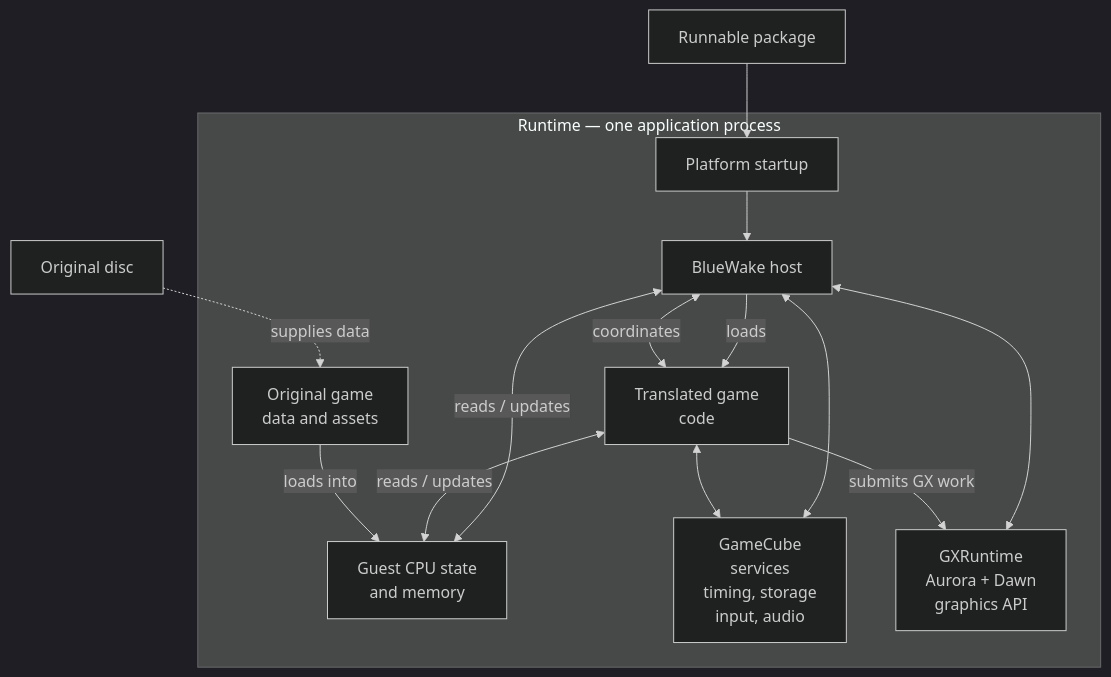
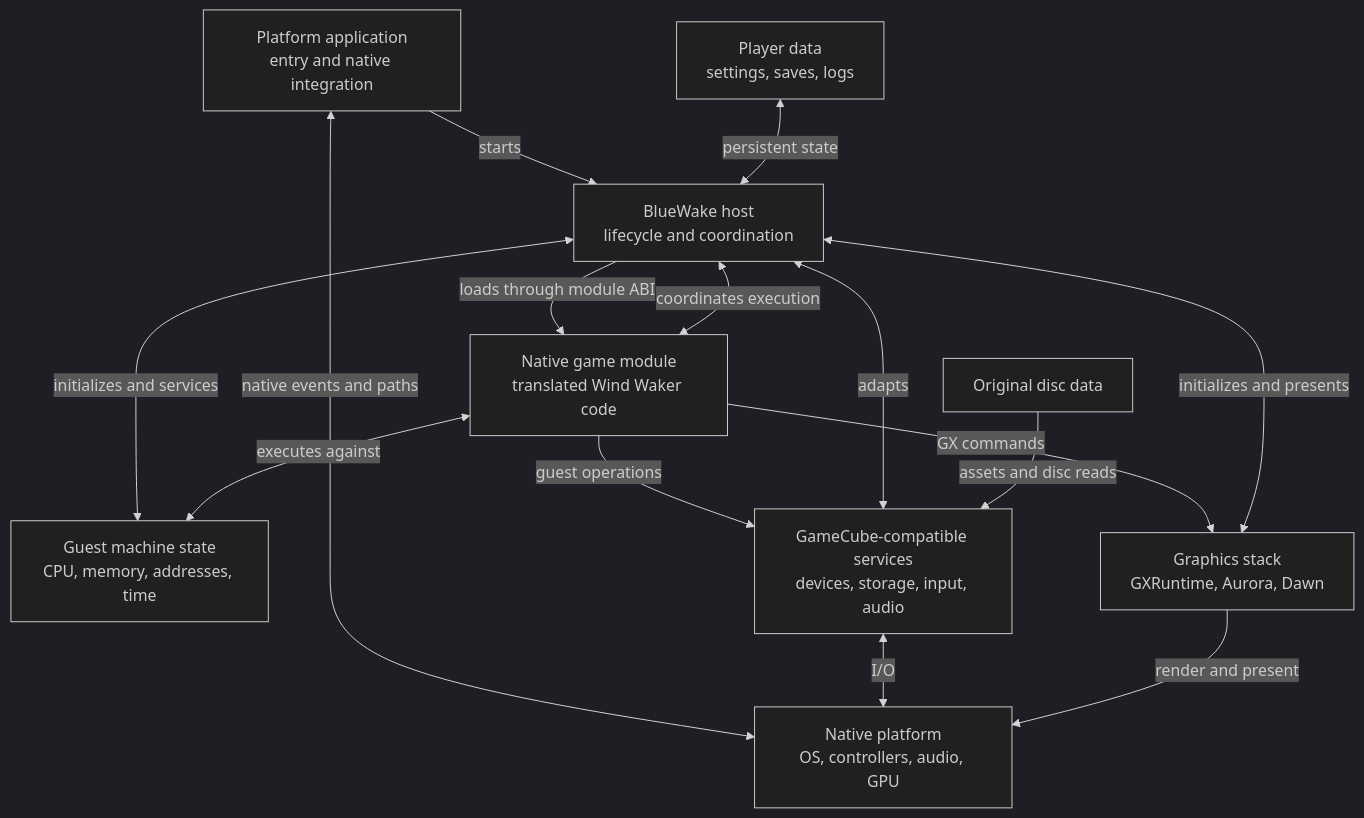
The first of 2 diagrams in docs/architecture/Runtime.md (Aelbannan/boat_of_daphnes), drawn with Mermaid (dark theme) before and after one commit. The commit also changed other lines of this file and 6 other files, not shown here.

Commit message:
docs: organize runtime architecture by entity

````diff
--- a/docs/architecture/Runtime.md
+++ b/docs/architecture/Runtime.md
@@ -45,29 +26,27 @@
 ```mermaid
 flowchart TD
-    Package["Runnable package"]
-    Disc["Original disc"]
+    Platform["Platform application<br/>entry and native integration"]
+    Host["BlueWake host<br/>lifecycle and coordination"]
+    Module["Native game module<br/>translated Wind Waker code"]
+    Guest["Guest machine state<br/>CPU, memory, addresses, time"]
+    Services["GameCube-compatible services<br/>devices, storage, input, audio"]
+    Graphics["Graphics stack<br/>GXRuntime, Aurora, Dawn"]
+    Disc["Original disc data"]
+    Player["Player data<br/>settings, saves, logs"]
+    Native["Native platform<br/>OS, controllers, audio, GPU"]
 
-    subgraph Runtime["Runtime — one application process"]
-        Startup["Platform startup"]
-        Host["BlueWake host"]
-        Game["Translated game<br/>code"]
-        Guest["Guest CPU state<br/>and memory"]
-        Services["GameCube<br/>services<br/>timing, storage<br/>input, audio"]
-        Graphics["GXRuntime<br/>Aurora + Dawn<br/>graphics API"]
-        Assets["Original game<br/>data and assets"]
-
-        Startup --> Host
-        Host -->|"loads"| Game
-        Host <-->|"coordinates"| Game
-        Host <-->|"reads / updates"| Guest
-        Game <-->|"reads / updates"| Guest
-        Host <--> Services
-        Game <--> Services
-        Host <--> Graphics
-        Game -->|"submits GX work"| Graphics
-        Assets -->|"loads into"| Guest
-    end
-
-    Package --> Startup
-    Disc -. "supplies data" .-> Assets
+    Platform -->|"starts"| Host
+    Host -->|"loads through module ABI"| Module
+    Host <-->|"coordinates execution"| Module
+    Host <-->|"initializes and services"| Guest
+    Module <-->|"executes against"| Guest
+    Module -->|"guest operations"| Services
+    Host <-->|"adapts"| Services
+    Module -->|"GX commands"| Graphics
+    Host <-->|"initializes and presents"| Graphics
+    Disc -->|"assets and disc reads"| Services
+    Player <-->|"persistent state"| Host
+    Platform <-->|"native events and paths"| Native
+    Services <-->|"I/O"| Native
+    Graphics -->|"render and present"| Native
 ```
````
